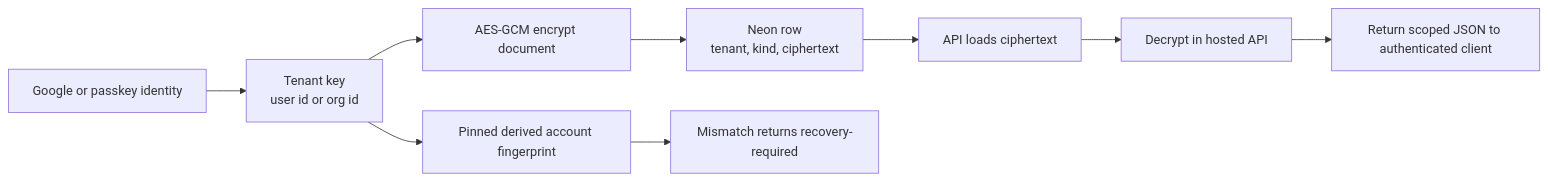
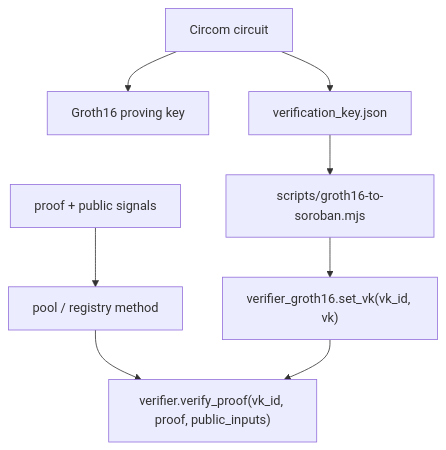
The second of 17 diagrams in README.md (akash-mondal/benzo), drawn with Mermaid before and after one commit. The commit also changed other lines of this file, not shown here.

````diff
--- a/README.md
+++ b/README.md
@@ -130,12 +73,10 @@
 ```mermaid
-flowchart LR
-  Auth["Google or passkey identity"] --> Tenant["Tenant key\nuser id or org id"]
-  Tenant --> Seal["AES-GCM encrypt document"]
-  Seal --> Neon["Neon row\ntenant, kind, ciphertext"]
-  Neon --> Load["API loads ciphertext"]
-  Load --> Open["Decrypt in hosted API"]
-  Open --> UI["Return scoped JSON to authenticated client"]
-
-  Tenant --> Fingerprint["Pinned derived account fingerprint"]
-  Fingerprint --> Recovery["Mismatch returns recovery-required"]
+flowchart TB
+  Circuit["Circom circuit"] --> ZKey["Groth16 proving key"]
+  Circuit --> VK["verification_key.json"]
+  VK --> Encode["scripts/groth16-to-soroban.mjs"]
+  Encode --> Verifier["verifier_groth16.set_vk(vk_id, vk)"]
+  Proof["proof + public signals"] --> Pool["pool / registry method"]
+  Pool --> Call["verifier.verify_proof(vk_id, proof, public_inputs)"]
+  Verifier --> Call
 ```
````
